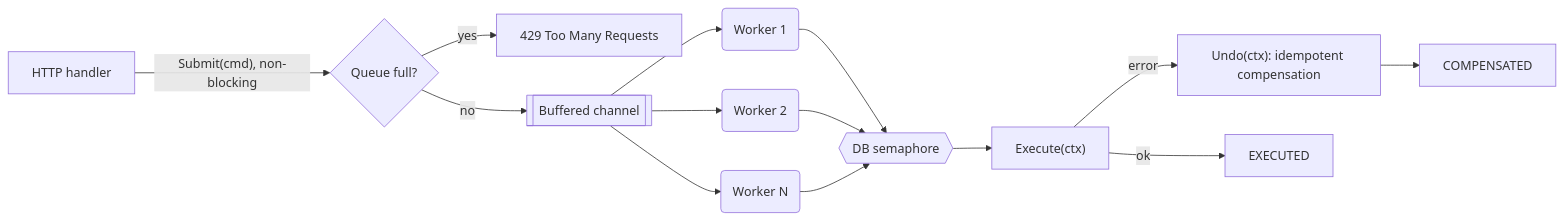
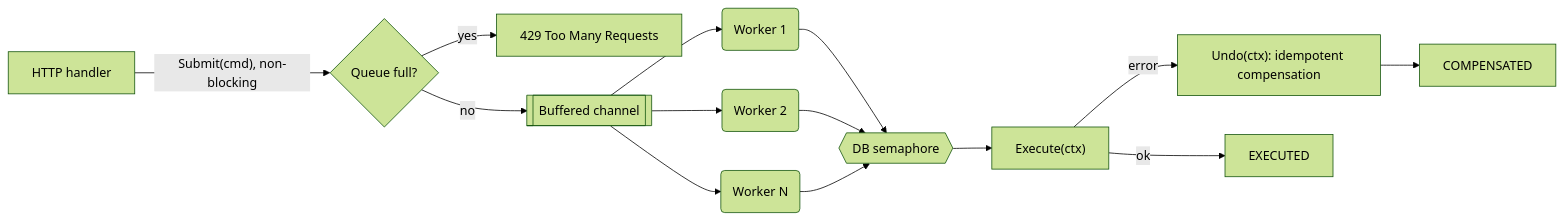
The diagram in docs/adr/001-command-worker-pool-go.md (ggonzalez36/AI-Advisor), drawn with Mermaid before and after one commit. The commit also changed 10 other files, not shown here.

Commit message:
docs: render all Mermaid diagrams with the forest theme

````diff
--- a/docs/adr/001-command-worker-pool-go.md
+++ b/docs/adr/001-command-worker-pool-go.md
@@ -21,12 +21,13 @@
 ```mermaid
+%%{init: {"theme": "forest"}}%%
 flowchart LR
     H[HTTP handler] -->|"Submit(cmd), non-blocking"| Q{Queue full?}
     Q -- yes --> R[429 Too Many Requests]
     Q -- no --> C[[Buffered channel]]
     C --> W1(Worker 1) & W2(Worker 2) & WN(Worker N)
     W1 & W2 & WN --> S{{DB semaphore}}
     S --> E["Execute(ctx)"]
     E -- error --> U["Undo(ctx): idempotent compensation"]
     E -- ok --> D[EXECUTED]
     U --> X[COMPENSATED]
 ```
````
